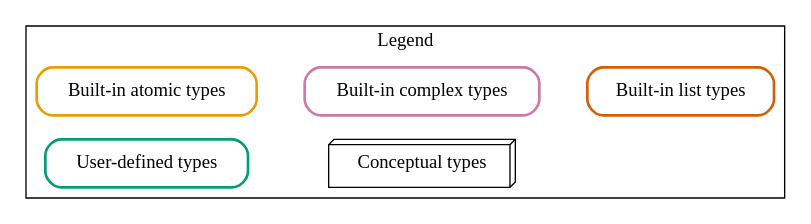
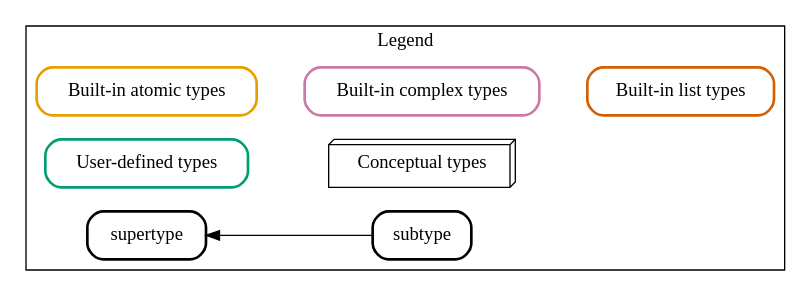
One commit to qt4cg/qtspecs changed the diagram in specifications/xpath-datamodel-40/image-sources/anyType-legend.dot. Above: the diagram before and after it, drawn with Graphviz. The commit also changed 2 other files, not shown here.

```diff
--- a/specifications/xpath-datamodel-40/image-sources/anyType-legend.dot
+++ b/specifications/xpath-datamodel-40/image-sources/anyType-legend.dot
@@ -1,24 +1,31 @@
 digraph {
   rankdir=LR;
 
   subgraph cluster_legend {
     label = "Legend"
     _bat [shape="box", style="rounded",
           color="#e69f00", penwidth=2,
           label="Built-in atomic types"]
     _bic [shape="box", style="rounded",
           color="#cc79a7", penwidth=2,
           label="Built-in complex types"]
     _fit [shape="box", style="rounded",
           color="#d55e00", penwidth=2,
           label="Built-in list types"]
     _udt [shape="box", style="rounded",
           color="#009e73", penwidth=2,
           label="User-defined types"]
     _abt [shape="box3d",
           color="black", penwidth=1,
           label="Conceptual types"]
+    _type [shape="box", style="rounded",
+          color="#000000", penwidth=2,
+          label="supertype"]
+    _stype [shape="box", style="rounded",
+            color="#000000", penwidth=2,
+            label="subtype"]
     _bat -> _bic -> _fit [style=invis]
     _udt -> _abt [style=invis]
+    _type -> _stype [dir=back]
   }
 }
```
